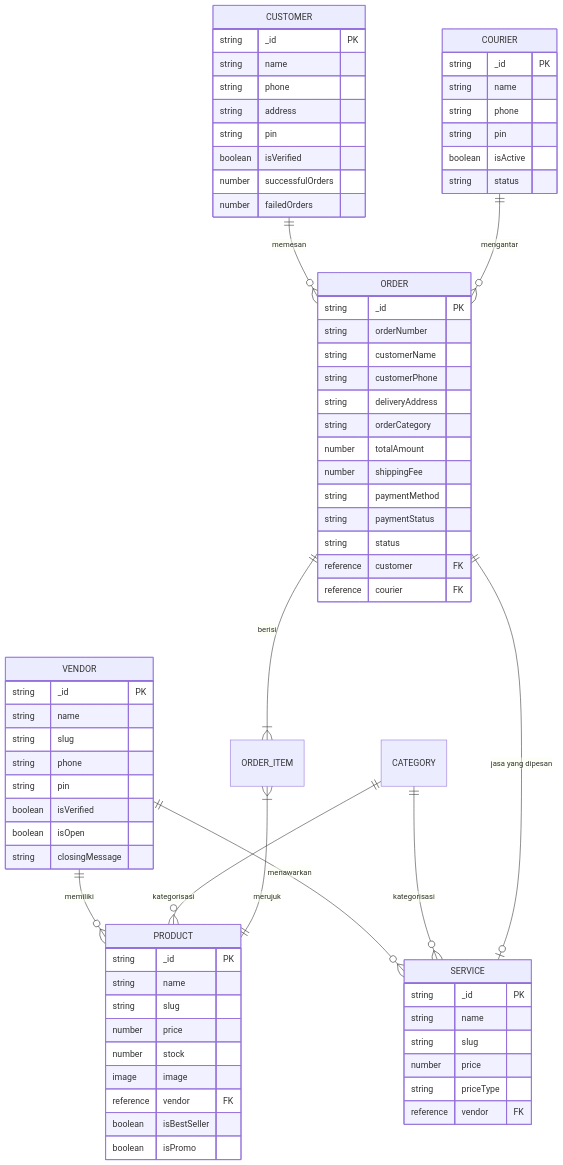
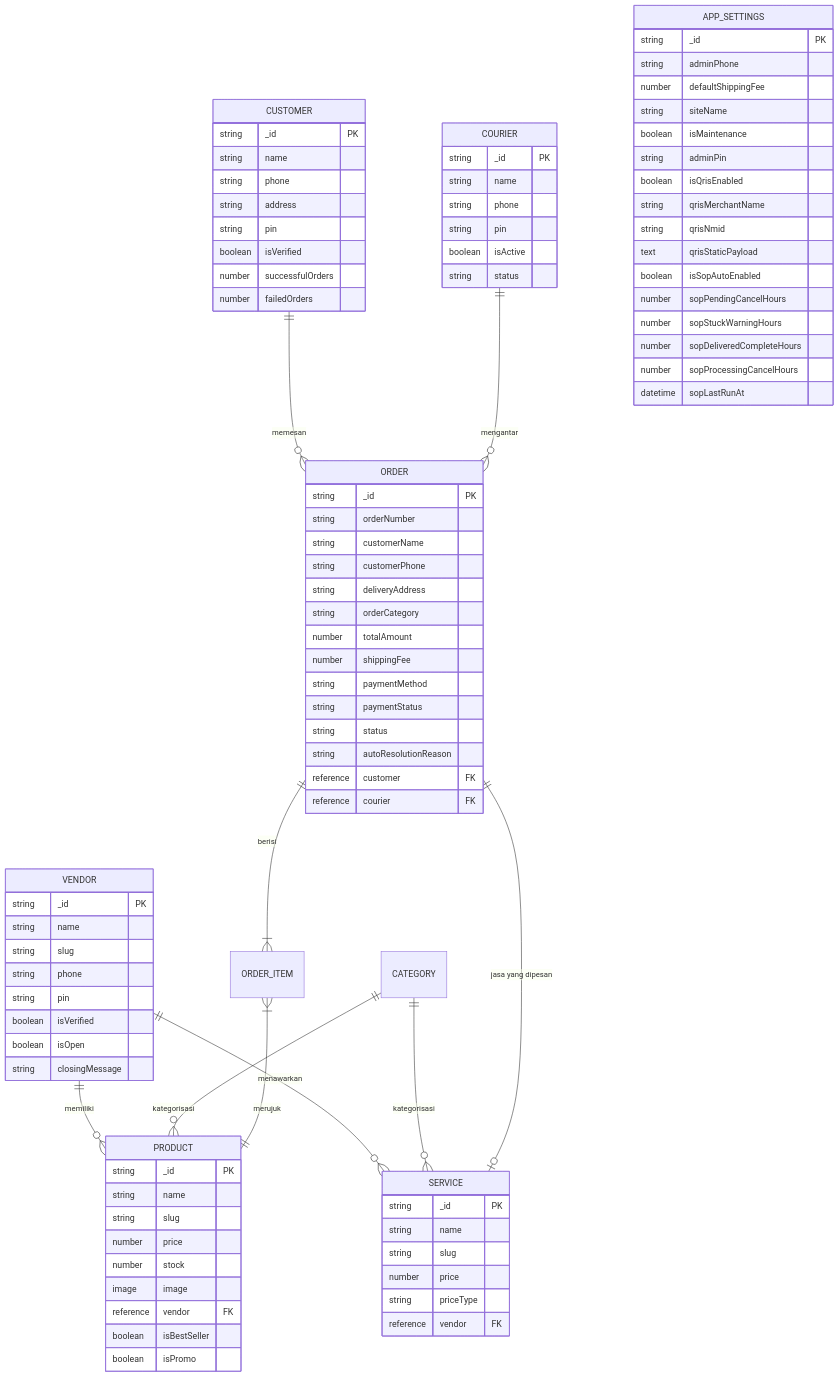
The diagram in .docs/database.md (Noisesless/pawon-2.0), drawn with Mermaid before and after one commit. The commit also changed other lines of this file and 68 other files, not shown here.

Commit message:
feat: add dynamic QRIS, zero-draft admin, round-robin courier queue, and clean WA flows

````diff
--- a/.docs/database.md
+++ b/.docs/database.md
@@ -83,7 +83,27 @@
         string paymentMethod
         string paymentStatus
         string status
+        string autoResolutionReason
         reference customer FK
         reference courier FK
     }
+
+    APP_SETTINGS {
+        string _id PK
+        string adminPhone
+        number defaultShippingFee
+        string siteName
+        boolean isMaintenance
+        string adminPin
+        boolean isQrisEnabled
+        string qrisMerchantName
+        string qrisNmid
+        text qrisStaticPayload
+        boolean isSopAutoEnabled
+        number sopPendingCancelHours
+        number sopStuckWarningHours
+        number sopDeliveredCompleteHours
+        number sopProcessingCancelHours
+        datetime sopLastRunAt
+    }
 ```
````
